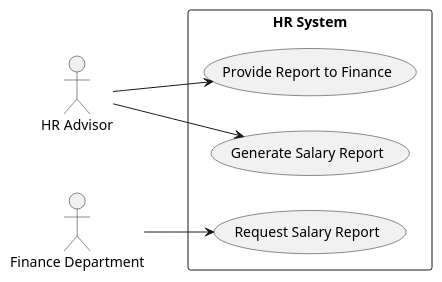
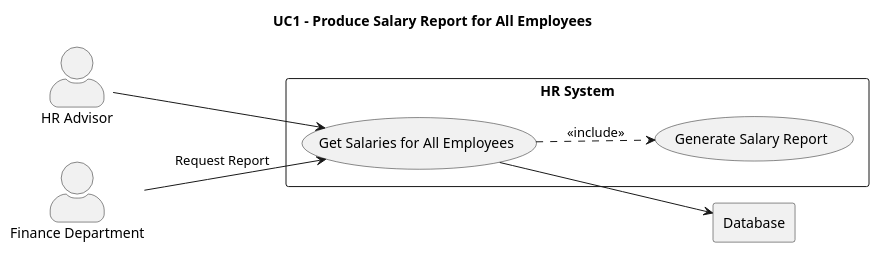
One commit to DuncanSamson/sem changed the diagram in use-cases/use-case-diagram/use-case-diagram1.puml. Above: the diagram before and after it, drawn with PlantUML. The commit also changed other lines of this file, not shown here.

Commit message:
Corrected use-case1 diagram for HR produce salary report for finance department

```diff
--- a/use-cases/use-case-diagram/use-case-diagram1.puml
+++ b/use-cases/use-case-diagram/use-case-diagram1.puml
@@ -1,11 +1,19 @@
 @startuml
+title UC1 – Produce Salary Report for All Employees
 left to right direction
-actor "HR Advisor" as HR
-actor "Finance Department" as Finance
+skinparam actorStyle awesome
 
+actor HR as "HR Advisor"
+actor Finance as "Finance Department"
+
+rectangle Database
 rectangle "HR System" {
-    Finance --> (Request Salary Report)
-    HR --> (Generate Salary Report)
-    HR --> (Provide Report to Finance)
+  usecase UC1 as "Get Salaries for All Employees"
+  usecase UC_Report as "Generate Salary Report"
 }
+
+Finance --> UC1 : Request Report
+HR --> UC1
+UC1 ..> UC_Report : <<include>>
+UC1 --> Database
 @enduml
```
